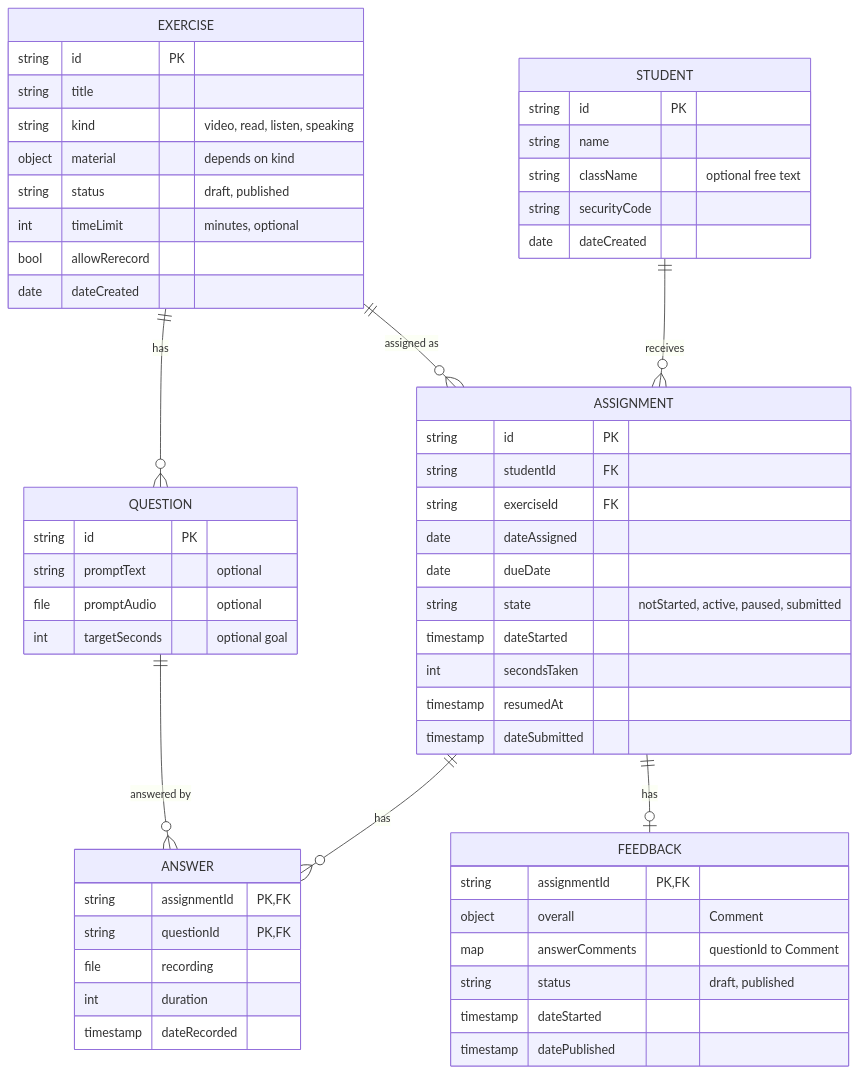
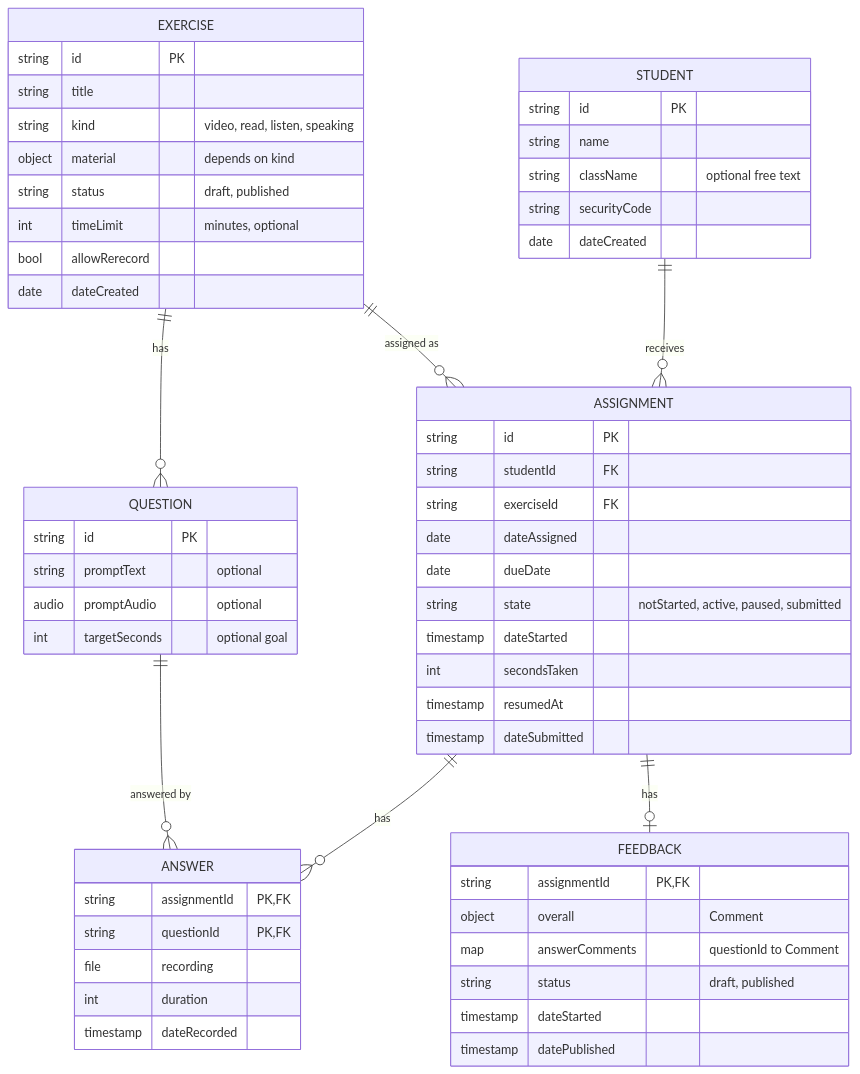
Before and after one commit to jmagaram/hamorahlimor-prototype: the diagram in docs/data-model.md, drawn with Mermaid. The commit also changed other lines of this file and 23 other files, not shown here.

````diff
--- a/docs/data-model.md
+++ b/docs/data-model.md
@@ -5,59 +5,59 @@
 ```mermaid
 erDiagram
   STUDENT ||--o{ ASSIGNMENT : receives
   EXERCISE ||--o{ ASSIGNMENT : "assigned as"
   EXERCISE ||--o{ QUESTION : has
   ASSIGNMENT ||--o{ ANSWER : has
   QUESTION ||--o{ ANSWER : "answered by"
   ASSIGNMENT ||--o| FEEDBACK : has
   STUDENT {
     string id PK
     string name
     string className "optional free text"
     string securityCode
     date dateCreated
   }
   EXERCISE {
     string id PK
     string title
     string kind "video, read, listen, speaking"
     object material "depends on kind"
     string status "draft, published"
     int timeLimit "minutes, optional"
     bool allowRerecord
     date dateCreated
   }
   QUESTION {
     string id PK
     string promptText "optional"
-    file promptAudio "optional"
+    audio promptAudio "optional"
     int targetSeconds "optional goal"
   }
   ASSIGNMENT {
     string id PK
     string studentId FK
     string exerciseId FK
     date dateAssigned
     date dueDate
     string state "notStarted, active, paused, submitted"
     timestamp dateStarted
     int secondsTaken
     timestamp resumedAt
     timestamp dateSubmitted
   }
   ANSWER {
     string assignmentId PK, FK
     string questionId PK, FK
     file recording
     int duration
     timestamp dateRecorded
   }
   FEEDBACK {
     string assignmentId PK, FK
     object overall "Comment"
     map answerComments "questionId to Comment"
     string status "draft, published"
     timestamp dateStarted
     timestamp datePublished
   }
 ```
````
